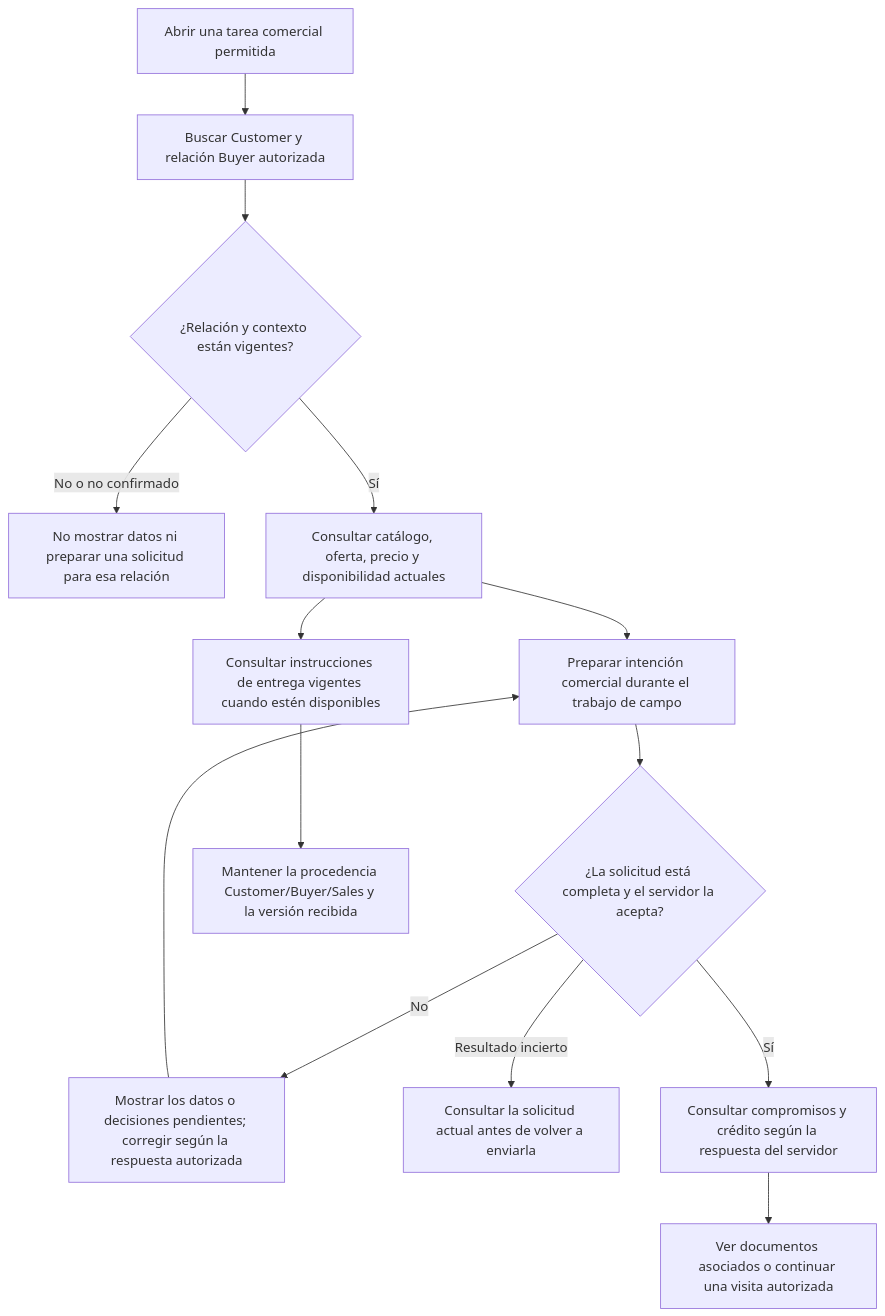
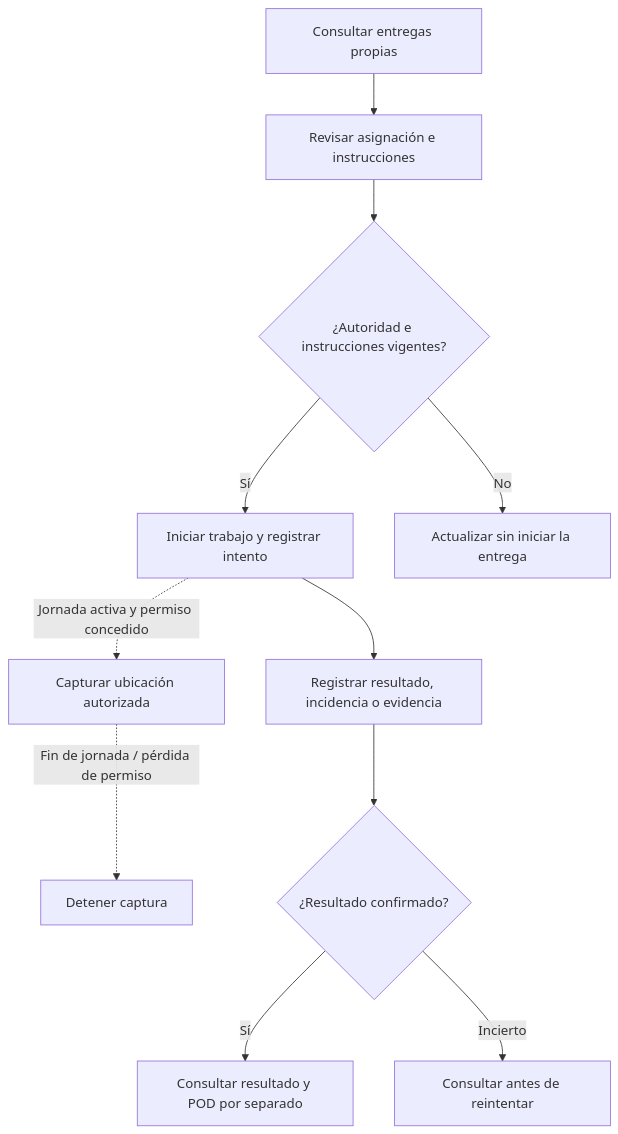
One commit to nexa-suite/mobile-report changed the sixth of 8 diagrams in report/03-solution-ui-ux-design/3.1-product-design/3.1.4-mobile-applications-ux-ui-design/3.1.4.4-mobile-application-user-flows.md. Above: the diagram before and after it, drawn with Mermaid. The commit also changed other lines of this file and 65 other files, not shown here.

````diff
--- a/report/03-solution-ui-ux-design/3.1-product-design/3.1.4-mobile-applications-ux-ui-design/3.1.4.4-mobile-application-user-flows.md
+++ b/report/03-solution-ui-ux-design/3.1-product-design/3.1.4-mobile-applications-ux-ui-design/3.1.4.4-mobile-application-user-flows.md
@@ -164,16 +126,13 @@
 ```mermaid
-flowchart TD
-    A["Abrir una tarea comercial permitida"] --> B["Buscar Customer y relación Buyer autorizada"]
-    B --> C{"¿Relación y contexto están vigentes?"}
-    C -->|No o no confirmado| D["No mostrar datos ni preparar una solicitud para esa relación"]
-    C -->|Sí| E["Consultar catálogo, oferta, precio y disponibilidad actuales"]
-    E --> F["Preparar intención comercial durante el trabajo de campo"]
-    F --> G{"¿La solicitud está completa y el servidor la acepta?"}
-    G -->|No| H["Mostrar los datos o decisiones pendientes; corregir según la respuesta autorizada"]
-    H --> F
-    G -->|Resultado incierto| I["Consultar la solicitud actual antes de volver a enviarla"]
-    G -->|Sí| J["Consultar compromisos y crédito según la respuesta del servidor"]
-    J --> K["Ver documentos asociados o continuar una visita autorizada"]
-    E --> L["Consultar instrucciones de entrega vigentes cuando estén disponibles"]
-    L --> M["Mantener la procedencia Customer/Buyer/Sales y la versión recibida"]
+flowchart TB
+  A["Consultar entregas propias"] --> B["Revisar asignación e instrucciones"]
+  B --> C{"¿Autoridad e instrucciones vigentes?"}
+  C -->|"Sí"| D["Iniciar trabajo y registrar intento"]
+  C -->|"No"| E["Actualizar sin iniciar la entrega"]
+  D --> F["Registrar resultado, incidencia o evidencia"]
+  D -. "Jornada activa y permiso concedido" .-> L["Capturar ubicación autorizada"]
+  L -. "Fin de jornada / pérdida de permiso" .-> S["Detener captura"]
+  F --> G{"¿Resultado confirmado?"}
+  G -->|"Sí"| H["Consultar resultado y POD por separado"]
+  G -->|"Incierto"| I["Consultar antes de reintentar"]
 ```
````
